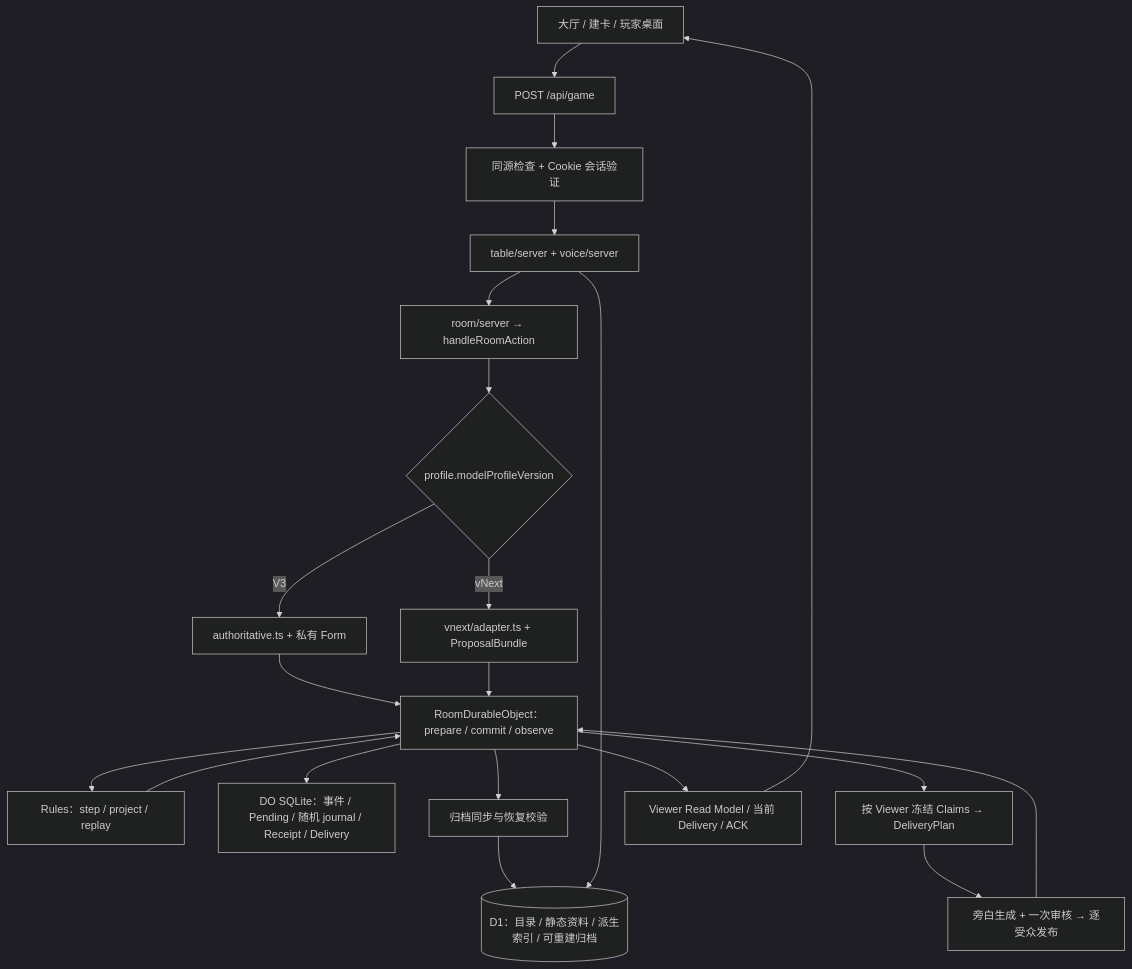
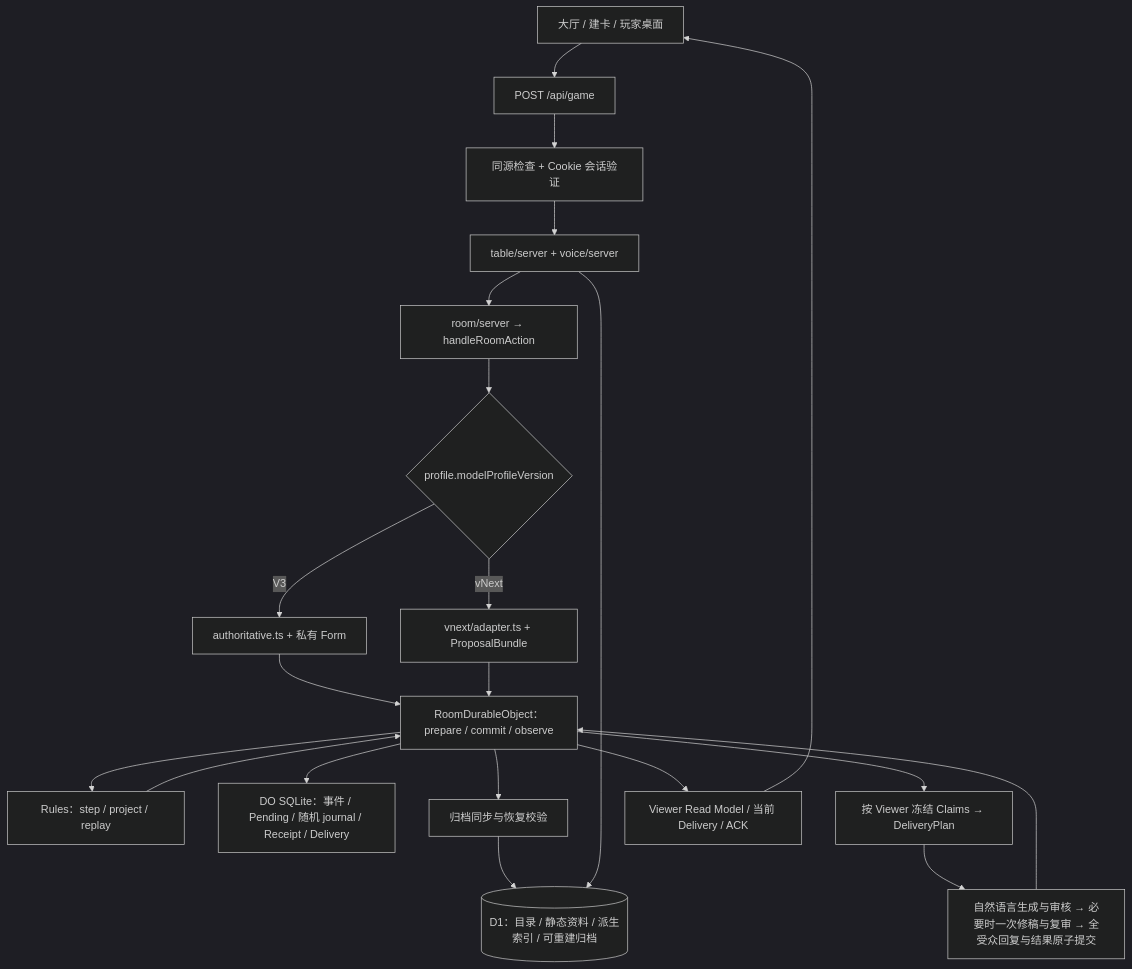
One commit to ytq9/zhuwei changed the diagram in docs/agent/repo-map.md. Above: the diagram before and after it, drawn with Mermaid (dark theme). The commit also changed other lines of this file and 770 other files, not shown here.

````diff
--- a/docs/agent/repo-map.md
+++ b/docs/agent/repo-map.md
@@ -31,23 +31,23 @@
 ```mermaid
 flowchart TD
   UI[大厅 / 建卡 / 玩家桌面] --> API[POST /api/game]
   API --> AUTH[同源检查 + Cookie 会话验证]
   AUTH --> TABLE[table/server + voice/server]
   TABLE --> ROOM[room/server → handleRoomAction]
   ROOM --> PICK{profile.modelProfileVersion}
   PICK -->|V3| KPV3[authoritative.ts + 私有 Form]
   PICK -->|vNext| KPVN[vnext/adapter.ts + ProposalBundle]
   KPV3 --> DO
   KPVN --> DO[RoomDurableObject：prepare / commit / observe]
   DO --> RULES[Rules：step / project / replay]
   RULES --> DO
   DO --> STORE[DO SQLite：事件 / Pending / 随机 journal / Receipt / Delivery]
   DO --> ARCHIVE[归档同步与恢复校验]
   ARCHIVE --> D1[(D1：目录 / 静态资料 / 派生索引 / 可重建归档)]
   TABLE --> D1
   DO --> CLAIMS[按 Viewer 冻结 Claims → DeliveryPlan]
-  CLAIMS --> NARR[旁白生成 + 一次审核 → 逐受众发布]
+  CLAIMS --> NARR[自然语言生成与审核 → 必要时一次修稿与复审 → 全受众回复与结果原子提交]
   NARR --> DO
   DO --> VIEW[Viewer Read Model / 当前 Delivery / ACK]
   VIEW --> UI
 ```
````
